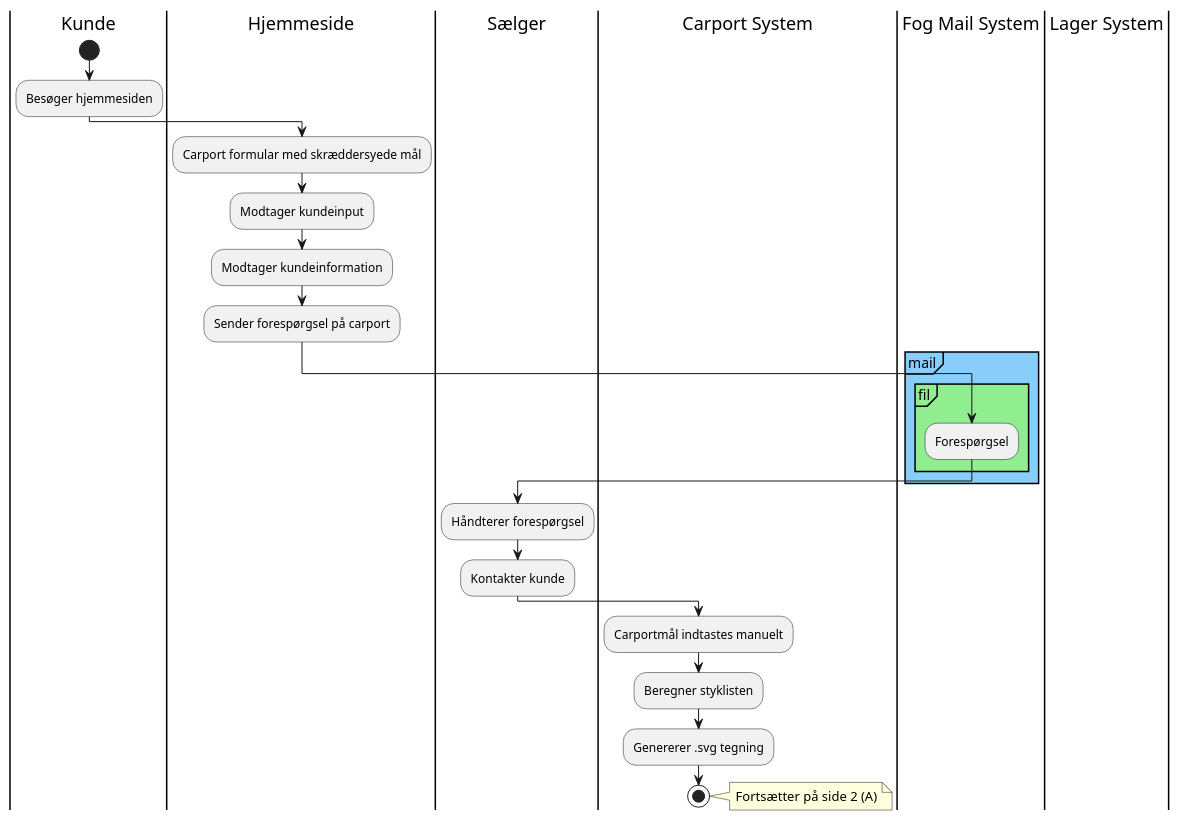
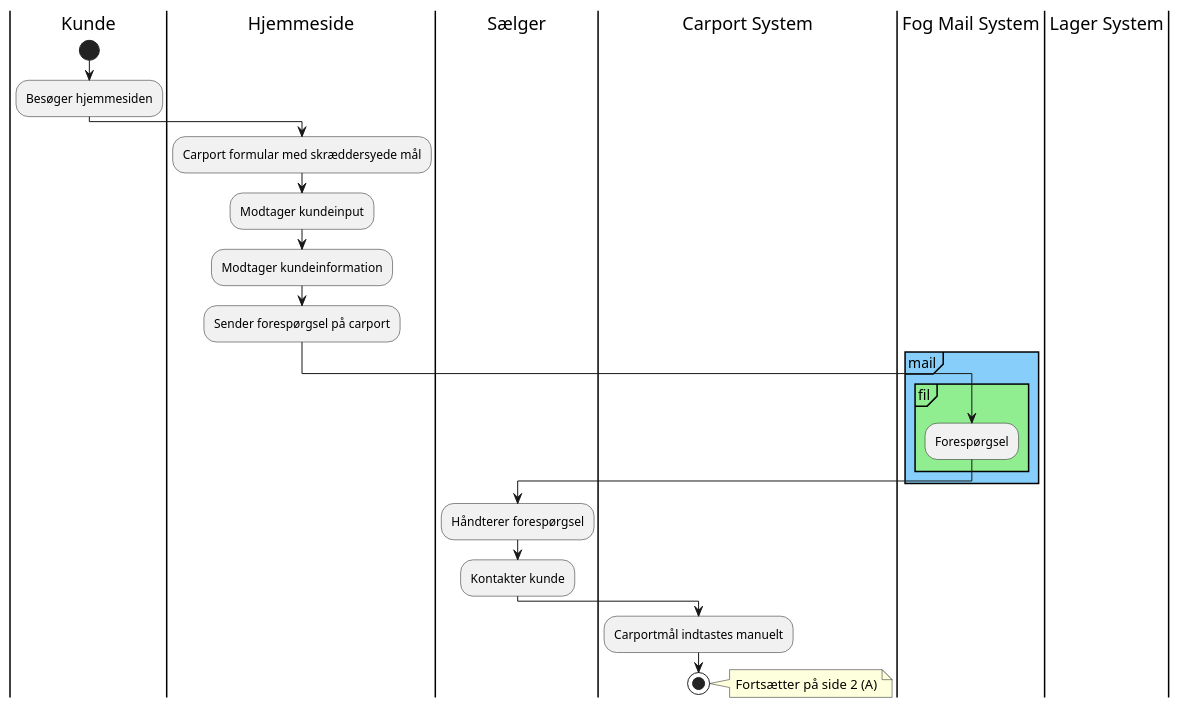
The diagram in docs/models/activity-as-is-part-1.puml (DHangaard/fog-carport), drawn with PlantUML before and after one commit. The commit also changed 1 other file, not shown here.

```diff
--- a/docs/models/activity-as-is-part-1.puml
+++ b/docs/models/activity-as-is-part-1.puml
@@ -1,37 +1,36 @@
 @startuml
 |Kunde|
 |Hjemmeside|
 |Sælger|
 |Carport System|
 |Fog Mail System|
 |Lager System|
 
 |Kunde|
 start
 :Besøger hjemmesiden;
 
 |Hjemmeside|
 :Carport formular med skræddersyede mål;
 :Modtager kundeinput;
 :Modtager kundeinformation;
 :Sender forespørgsel på carport;
 
 |Fog Mail System|
 partition mail #LightSkyBlue {
 partition fil #LightGreen {
 :Forespørgsel;
 }
 }
 
 |Sælger|
 :Håndterer forespørgsel;
 :Kontakter kunde;
 
 |Carport System|
 :Carportmål indtastes manuelt;
-:Beregner styklisten;
-:Genererer .svg tegning;
+
 
 stop
 note right: Fortsætter på side 2 (A)
 @enduml
```
